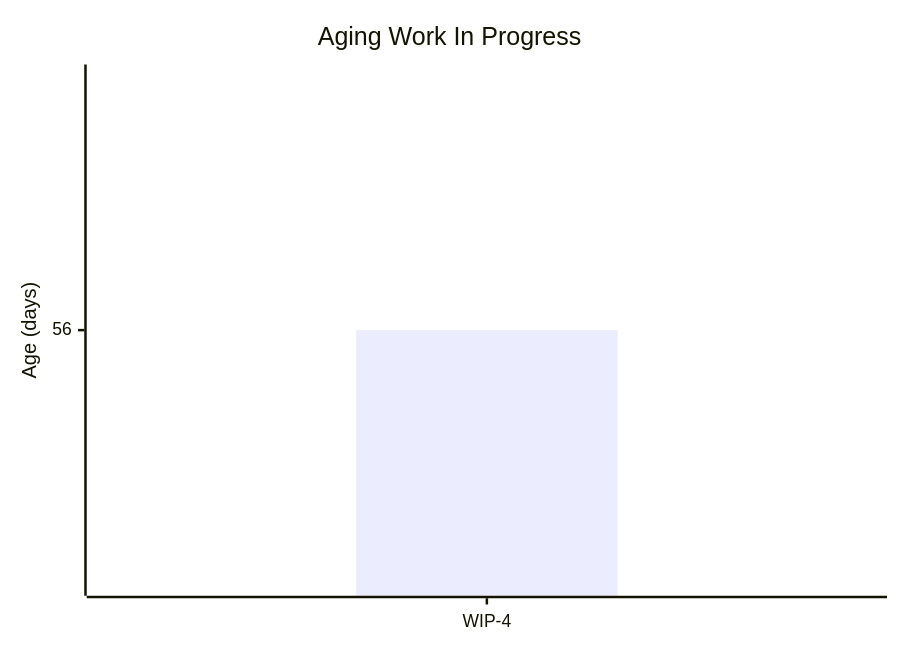
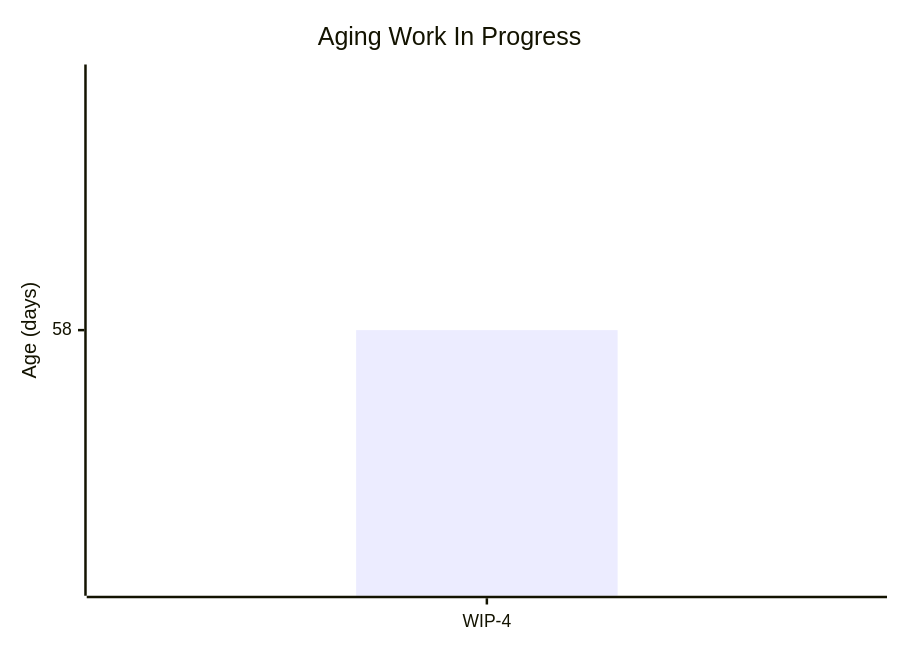
Before and after one commit to cbroult/predictability-engine: the first of 5 diagrams in data/samples/reports/sample_data_large/priorities/Highest.md, drawn with Mermaid. The commit also changed other lines of this file and 73 other files, not shown here.

````diff
--- a/data/samples/reports/sample_data_large/priorities/Highest.md
+++ b/data/samples/reports/sample_data_large/priorities/Highest.md
@@ -29,7 +29,7 @@
 ```mermaid
 xychart-beta
     title "Aging Work In Progress"
     x-axis ["WIP-4"]
     y-axis "Age (days)"
-    bar "Age" [56]
+    bar "Age" [58]
 ```
````
